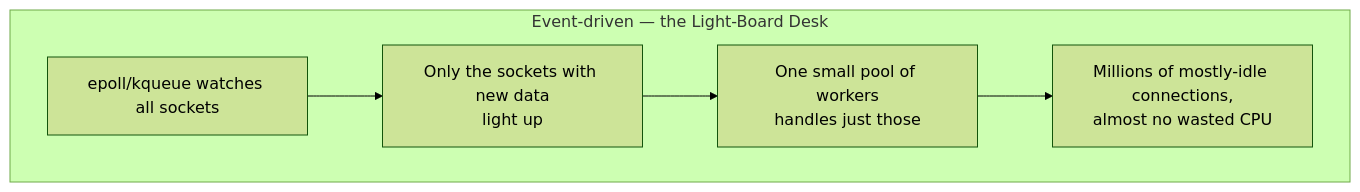
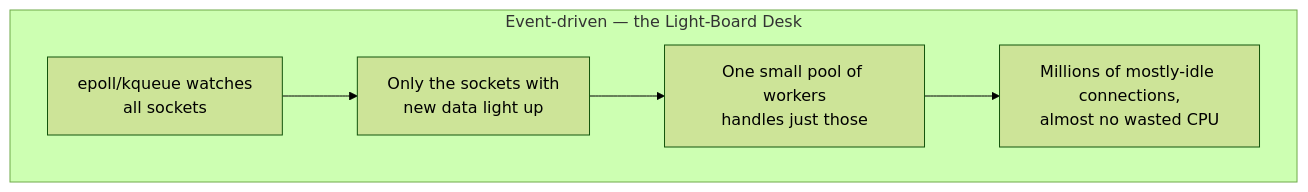
The fourth of 19 diagrams in system-design/HLD/0-course/36-WhatsApp-FAANG-Guide-story.md (riyaz-pasha/Learnings), drawn with Mermaid (forest theme) before and after one commit. The commit also changed other lines of this file and 5 other files, not shown here.

Commit message:
[REWRITE] Design Newsfeed story guide: simplify prose, add structure, fix diagrams

````diff
--- a/system-design/HLD/0-course/36-WhatsApp-FAANG-Guide-story.md
+++ b/system-design/HLD/0-course/36-WhatsApp-FAANG-Guide-story.md
@@ -73,8 +169,8 @@
 ```mermaid
 flowchart TD
     subgraph C10M["Event-driven — the Light-Board Desk"]
-        E1[epoll/kqueue watches all sockets] --> E2["Only the sockets with new data<br/>light up"]
+        E1["epoll/kqueue watches<br/>all sockets"] --> E2["Only the sockets with<br/>new data light up"]
         E2 --> E3["One small pool of workers<br/>handles just those"]
         E3 --> E4["Millions of mostly-idle connections,<br/>almost no wasted CPU"]
     end
 ```
````
